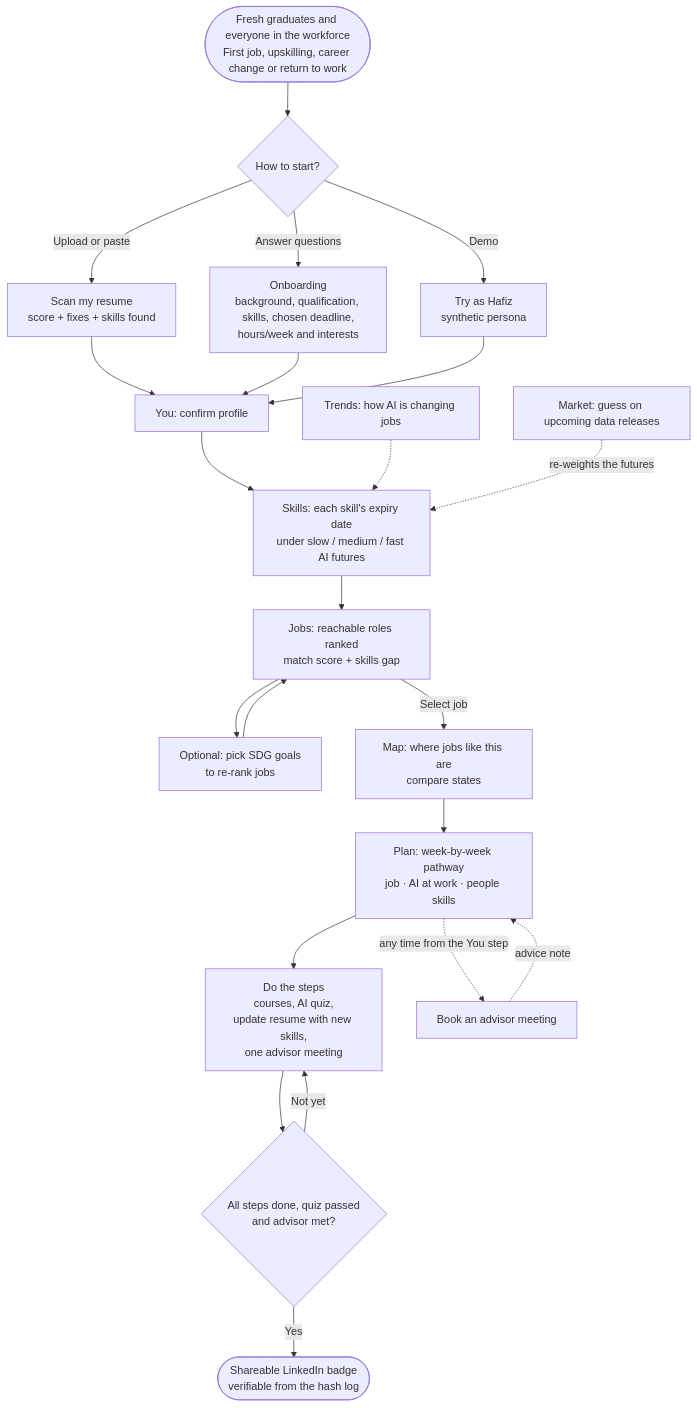
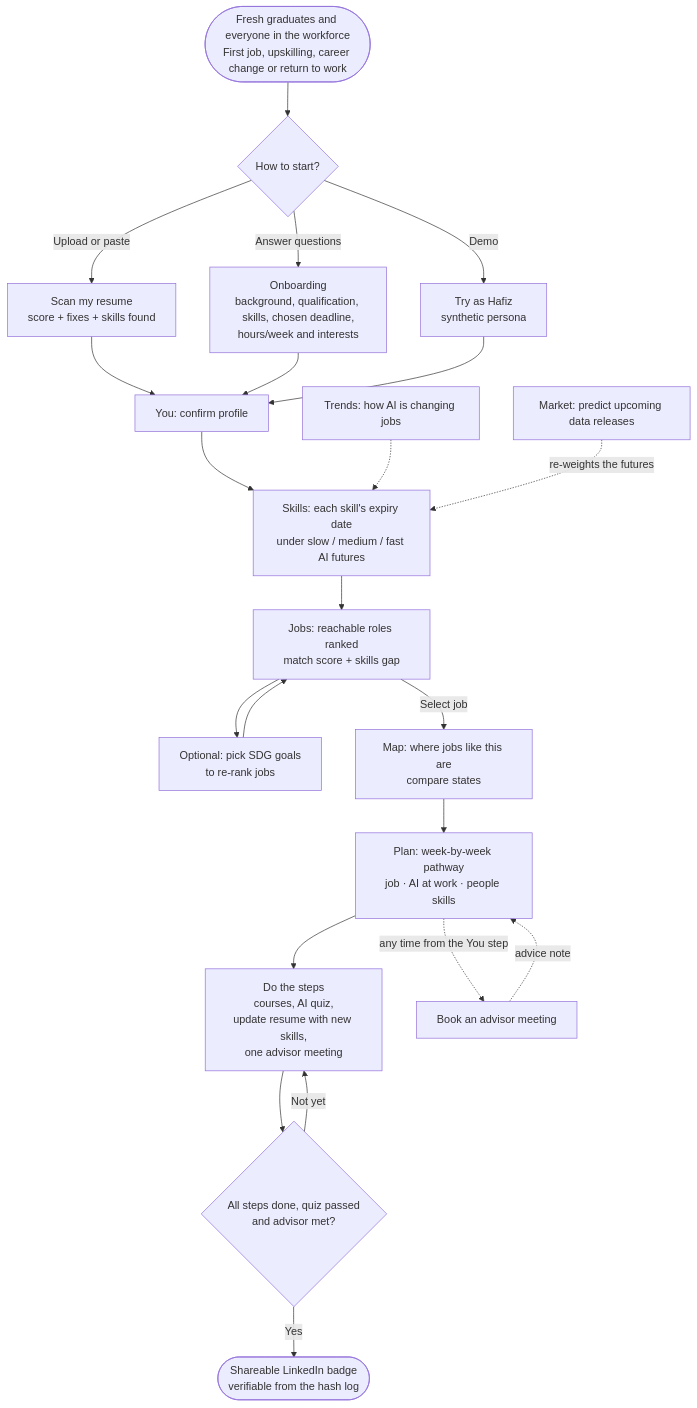
The first of 2 diagrams in README.md (yabgzichien/SDCHack-slaynergy), drawn with Mermaid before and after one commit. The commit also changed other lines of this file, not shown here.

Commit message:
README: say predict, not guess; document the History timeline

````diff
--- a/README.md
+++ b/README.md
@@ -105,26 +105,26 @@
 ```mermaid
 flowchart TD
     A([Fresh graduates and everyone in the workforce<br/>First job, upskilling, career change or return to work]) --> B{How to start?}
     B -->|Upload or paste| C[Scan my resume<br/>score + fixes + skills found]
     B -->|Answer questions| D[Onboarding<br/>background, qualification, skills, chosen deadline,<br/>hours/week and interests]
     B -->|Demo| E[Try as Hafiz<br/>synthetic persona]
     C --> F[You: confirm profile]
     D --> F
     E --> F
     F --> G[Skills: each skill's expiry date<br/>under slow / medium / fast AI futures]
     G --> H[Jobs: reachable roles ranked<br/>match score + skills gap]
     H --> H2[Optional: pick SDG goals<br/>to re-rank jobs]
     H2 --> H
     H -->|Select job| M[Map: where jobs like this are<br/>compare states]
     M --> I[Plan: week-by-week pathway<br/>job · AI at work · people skills]
     I --> J[Do the steps<br/>courses, AI quiz,<br/>update resume with new skills,<br/>one advisor meeting]
     J --> K{All steps done, quiz passed<br/>and advisor met?}
     K -->|Not yet| J
     K -->|Yes| N([Shareable LinkedIn badge<br/>verifiable from the hash log])
 
     I -.->|any time from the You step| ADV[Book an advisor meeting]
     ADV -.->|advice note| I
 
     T[Trends: how AI is changing jobs] -.-> G
-    MK[Market: guess on upcoming data releases] -.->|re-weights the futures| G
+    MK[Market: predict upcoming data releases] -.->|re-weights the futures| G
 ```
````
